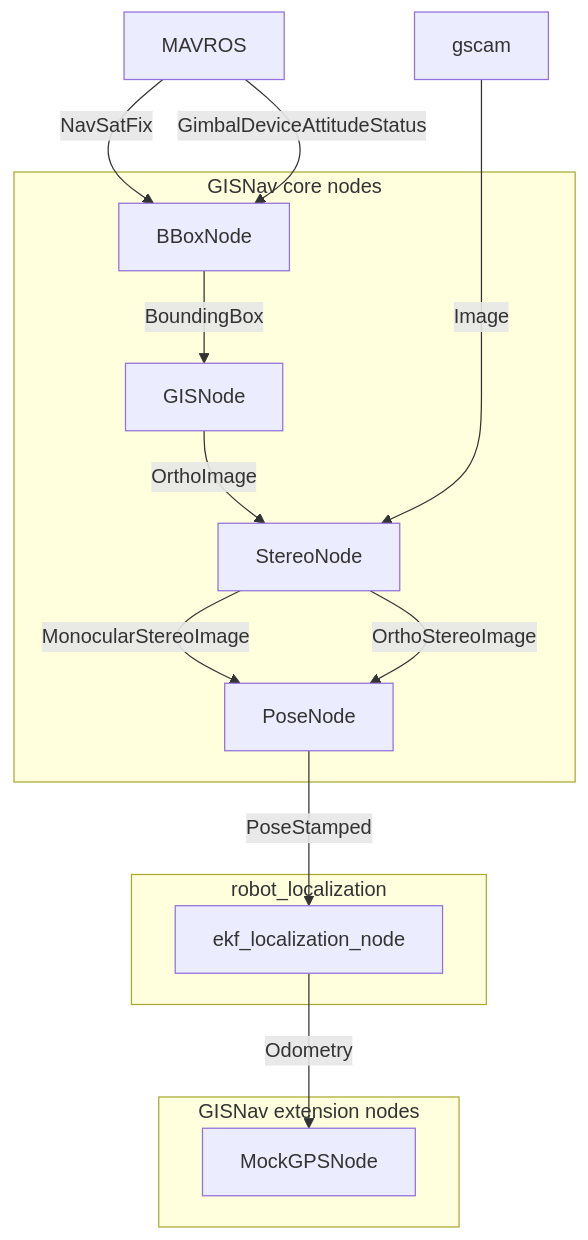
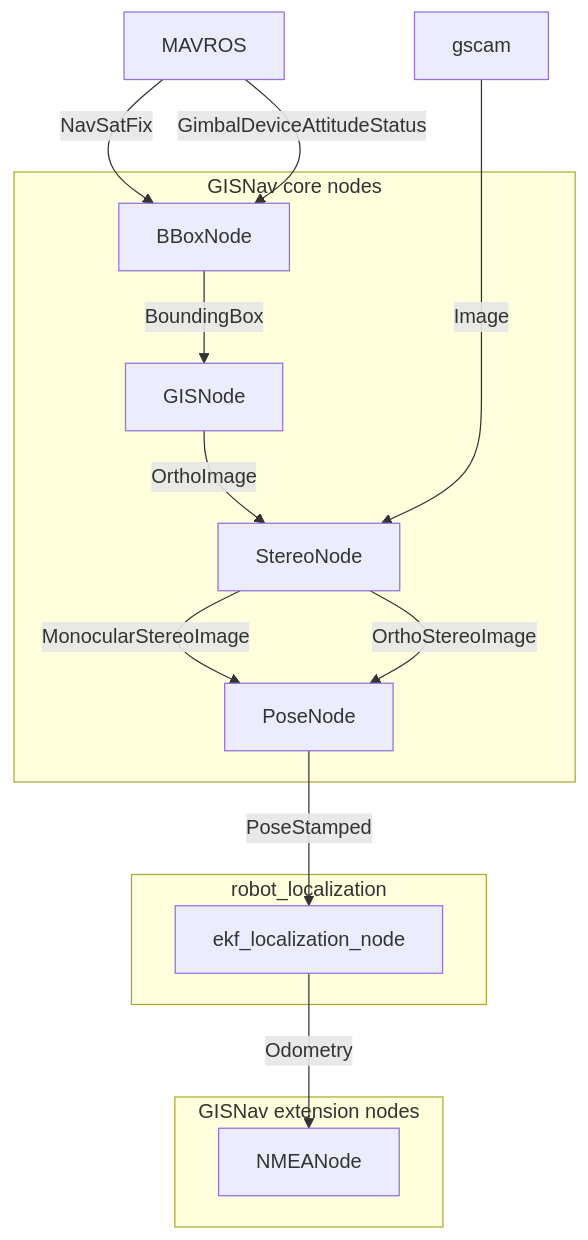
The diagram in docs/pages/developer_guide/integration/ros_messaging.rst (hmakelin/gisnav), drawn with Mermaid before and after one commit. The commit also changed 18 other files, not shown here.

Commit message:
Add NMEA support and rename MockGPSNode to NMEANode

```diff
--- a/docs/pages/developer_guide/integration/ros_messaging.rst
+++ b/docs/pages/developer_guide/integration/ros_messaging.rst
@@ -13,25 +13,25 @@
 .. mermaid::
     :caption: Nodes and published messages
 
     graph TB
         MAVROS -->|"NavSatFix"| BBoxNode
         MAVROS -->|"GimbalDeviceAttitudeStatus"| BBoxNode
 
         subgraph core["GISNav core nodes"]
             BBoxNode -->|"BoundingBox"| GISNode
             GISNode -->|"OrthoImage"| StereoNode
             StereoNode -->|"MonocularStereoImage"| PoseNode
             StereoNode -->|"OrthoStereoImage"| PoseNode
         end
 
         subgraph extension["GISNav extension nodes"]
-            MockGPSNode["MockGPSNode"]
+            NMEANode["NMEANode"]
         end
 
         subgraph robot_localization
-            ekf["ekf_localization_node"] -->|"Odometry"| MockGPSNode
+            ekf["ekf_localization_node"] -->|"Odometry"| NMEANode
         end
 
         gscam ---->|"Image"| StereoNode
 
         PoseNode -->|"PoseStamped"| ekf
```
